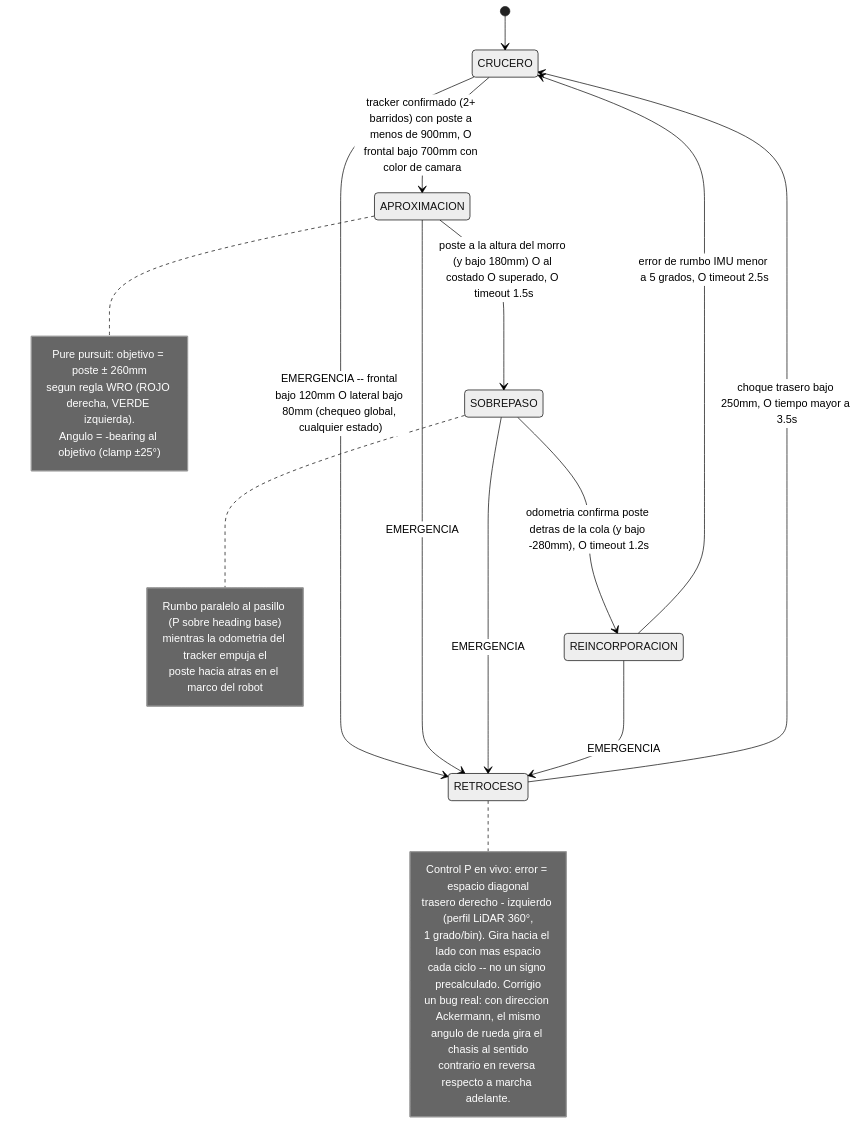
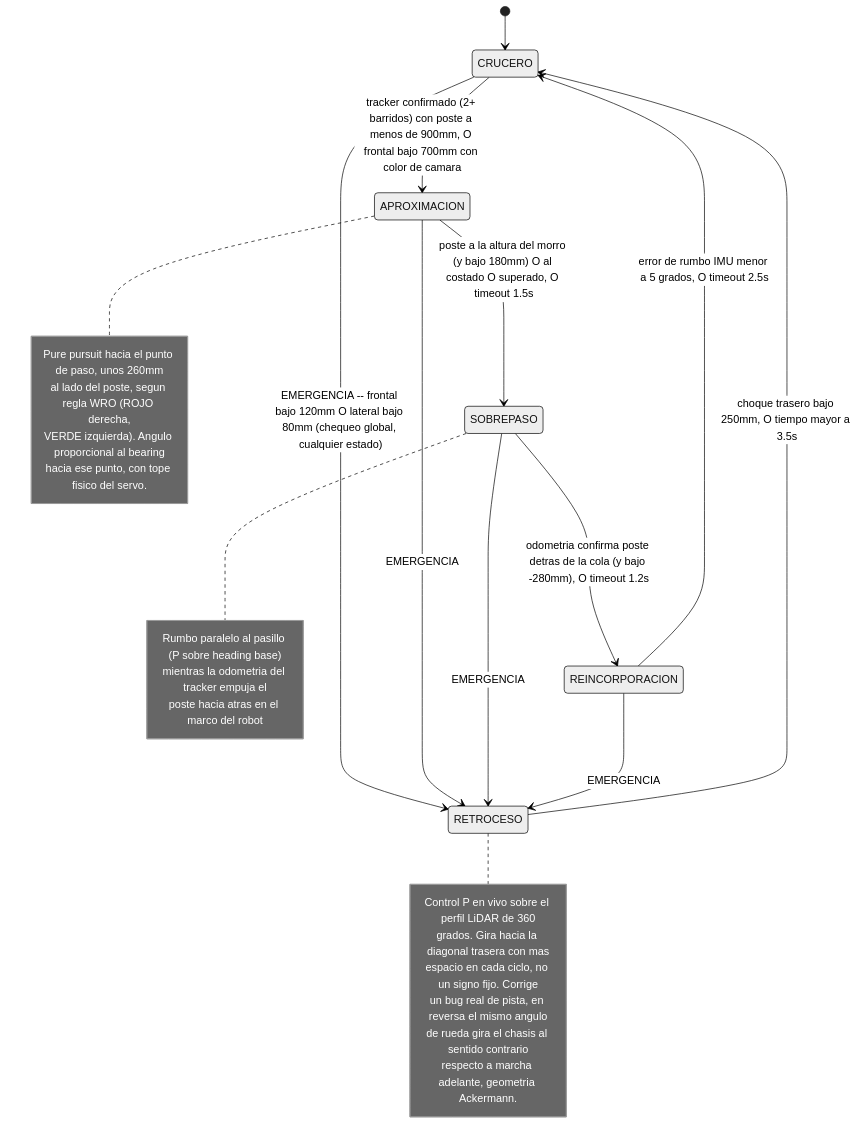
One commit to Team-Los-Cedros/WRO-FE-26 changed the third of 4 diagrams in README.md. Above: the diagram before and after it, drawn with Mermaid (neutral theme).

Commit message:
fix(docs): quitar caracteres especiales de las notas mermaid del README
Las notas ("note right of ...") del diagrama de evasion en la seccion
5.3-B tenian dos puntos y los simbolos +/- y grado dentro del texto,
lo que rompia el render en GitHub ("Cannot read properties of
undefined (reading 'render')"). Reescritas en texto plano sin esos
caracteres, mismo estilo que la nota de SOBREPASO (la unica que no
daba problema).

````diff
--- a/README.md
+++ b/README.md
@@ -413,37 +413,37 @@
 ```mermaid
 stateDiagram-v2
     [*] --> CRUCERO
 
     CRUCERO --> APROXIMACION: tracker confirmado (2+ barridos) con poste a menos de 900mm, O frontal bajo 700mm con color de camara
     APROXIMACION --> SOBREPASO: poste a la altura del morro (y bajo 180mm) O al costado O superado, O timeout 1.5s
     SOBREPASO --> REINCORPORACION: odometria confirma poste detras de la cola (y bajo -280mm), O timeout 1.2s
     REINCORPORACION --> CRUCERO: error de rumbo IMU menor a 5 grados, O timeout 2.5s
 
     CRUCERO --> RETROCESO: EMERGENCIA -- frontal bajo 120mm O lateral bajo 80mm (chequeo global, cualquier estado)
     APROXIMACION --> RETROCESO: EMERGENCIA
     SOBREPASO --> RETROCESO: EMERGENCIA
     REINCORPORACION --> RETROCESO: EMERGENCIA
     RETROCESO --> CRUCERO: choque trasero bajo 250mm, O tiempo mayor a 3.5s
 
     note right of APROXIMACION
-        Pure pursuit: objetivo = poste ± 260mm
-        segun regla WRO (ROJO derecha, VERDE izquierda).
-        Angulo = -bearing al objetivo (clamp ±25°)
+        Pure pursuit hacia el punto de paso, unos 260mm
+        al lado del poste, segun regla WRO (ROJO derecha,
+        VERDE izquierda). Angulo proporcional al bearing
+        hacia ese punto, con tope fisico del servo.
     end note
 
     note right of SOBREPASO
         Rumbo paralelo al pasillo (P sobre heading base)
         mientras la odometria del tracker empuja el
         poste hacia atras en el marco del robot
     end note
 
     note right of RETROCESO
-        Control P en vivo: error = espacio diagonal
-        trasero derecho - izquierdo (perfil LiDAR 360°,
-        1 grado/bin). Gira hacia el lado con mas espacio
-        cada ciclo -- no un signo precalculado. Corrigio
-        un bug real: con direccion Ackermann, el mismo
-        angulo de rueda gira el chasis al sentido
-        contrario en reversa respecto a marcha adelante.
+        Control P en vivo sobre el perfil LiDAR de 360
+        grados. Gira hacia la diagonal trasera con mas
+        espacio en cada ciclo, no un signo fijo. Corrige
+        un bug real de pista, en reversa el mismo angulo
+        de rueda gira el chasis al sentido contrario
+        respecto a marcha adelante, geometria Ackermann.
     end note
 ```
````
